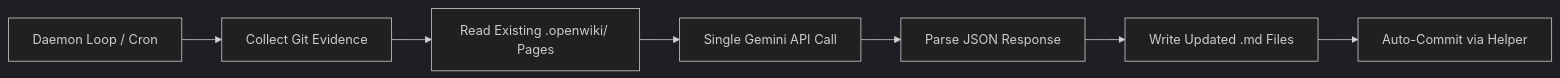
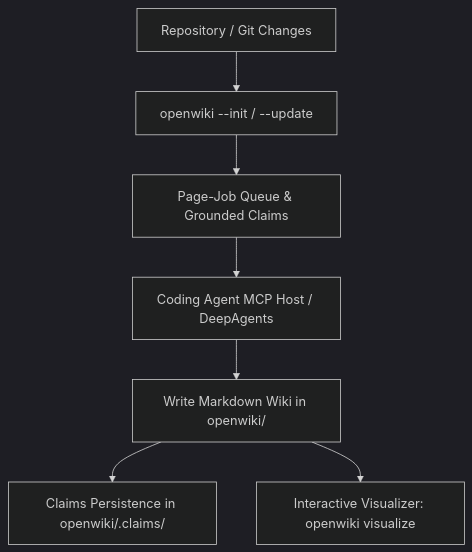
Before and after one commit to hybridlabor-api/aos: the diagram in skills/global_config/openwiki-skill/SKILL.md, drawn with Mermaid (dark theme). The commit also changed other lines of this file and 1 other file, not shown here.

Commit message:
feat(skills): modernize openwiki-skill to langchain-ai/openwiki v0.5.0 with visualizer and remote update script

````diff
--- a/skills/global_config/openwiki-skill/SKILL.md
+++ b/skills/global_config/openwiki-skill/SKILL.md
@@ -20,9 +45,9 @@
 ```mermaid
-flowchart LR
-    A[Daemon Loop / Cron] --> B[Collect Git Evidence]
-    B --> C[Read Existing .openwiki/ Pages]
-    C --> D[Single Gemini API Call]
-    D --> E[Parse JSON Response]
-    E --> F[Write Updated .md Files]
-    F --> G[Auto-Commit via Helper]
+flowchart TD
+    A[Repository / Git Changes] --> B[openwiki --init / --update]
+    B --> C[Page-Job Queue & Grounded Claims]
+    C --> D[Coding Agent MCP Host / DeepAgents]
+    D --> E[Write Markdown Wiki in openwiki/]
+    E --> F[Claims Persistence in openwiki/.claims/]
+    E --> G[Interactive Visualizer: openwiki visualize]
 ```
````
